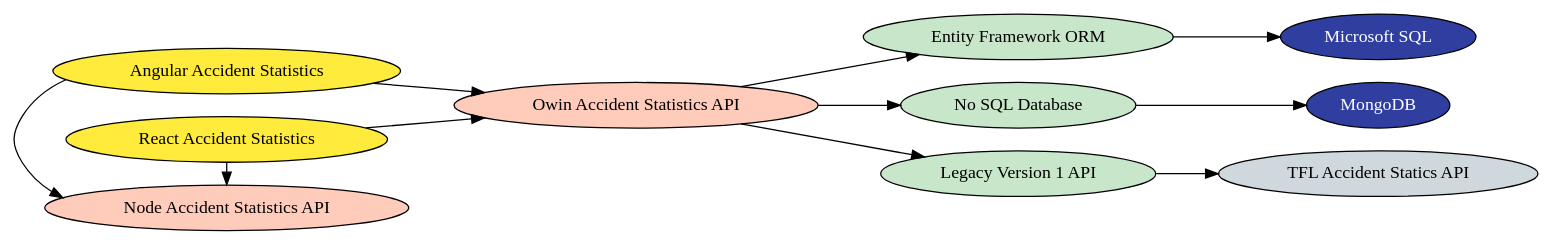
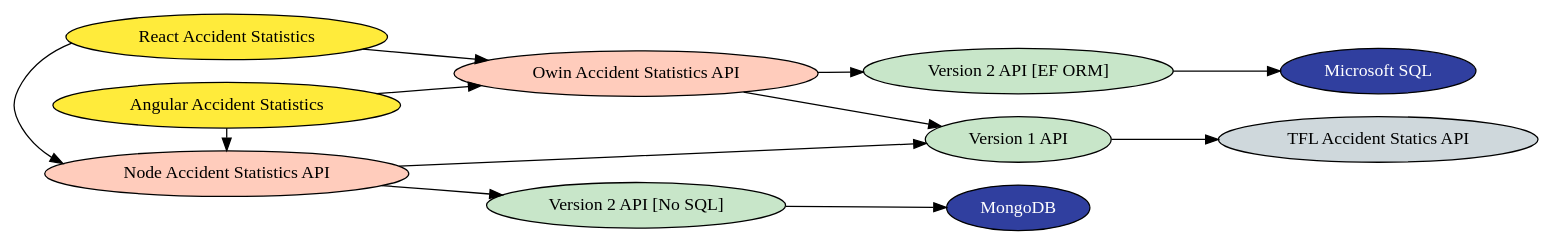
One commit to vfarah-if/GitPlayground changed the diagram in diagram/architecture.dot. Above: the diagram before and after it, drawn with Graphviz.

Commit message:
Added Architecture dot diagram

```diff
--- a/diagram/architecture.dot
+++ b/diagram/architecture.dot
@@ -1,44 +1,48 @@
 digraph architecture {
   rankdir=LR;
 
   // Storage - #303F9F (dark blue)
   node[fillcolor="#303F9F" style="filled" fontcolor="white"];
   database[label="Microsoft SQL"]; 
   mongo_db[label="MongoDB"];
   
   // Client-side Apps - #FFEB3B (yellow)
   node[fillcolor="#FFEB3B" style="filled" fontcolor="black"];
   ng_front_end[label="Angular Accident Statistics"]; 
   react_front_end[label="React Accident Statistics"];
   
   // Data Persistence - #C8E6C9 (light green)
   node[fillcolor="#C8E6C9" style="filled" fontcolor="black"];
-  orm[label="Entity Framework ORM"]; 
-  no_sql_database[label="No SQL Database"]; 
-  version1_api[label="Legacy Version 1 API"];
+  orm[label="Version 2 API [EF ORM]"]; 
+  no_sql_database[label="Version 2 API [No SQL]"]; 
+  version1_api[label="Version 1 API"];
   
   // Backend API's - #FFCCBC (light orange)
   node[fillcolor="#FFCCBC" style="filled" fontcolor="black"];
   node_api[label="Node Accident Statistics API"]; 
   owin_api[label="Owin Accident Statistics API"];
   
   // 3rd-party APIs - #CFD8DC (light grey)
   node[fillcolor="#CFD8DC" style="filled" fontcolor="black"];
   tfl_api[label="TFL Accident Statics API"];
 
   subgraph client_side_apps {
       ng_front_end -> {node_api,owin_api};
       react_front_end -> {node_api,owin_api};
       {rank=same; ng_front_end, react_front_end, node_api};
   }
   
-  subgraph api_gateways {
-     owin_api -> {orm, no_sql_database, version1_api};
+  subgraph owin_api_structure {
+     owin_api -> {orm, version1_api};
+  }
+
+  subgraph node_api_structure {
+     node_api -> {no_sql_database, version1_api};
   }
   
-  subgraph microservices {
+  subgraph durability {
       orm -> {database};
       no_sql_database -> {mongo_db};
       version1_api -> {tfl_api};
   }
 }
```
